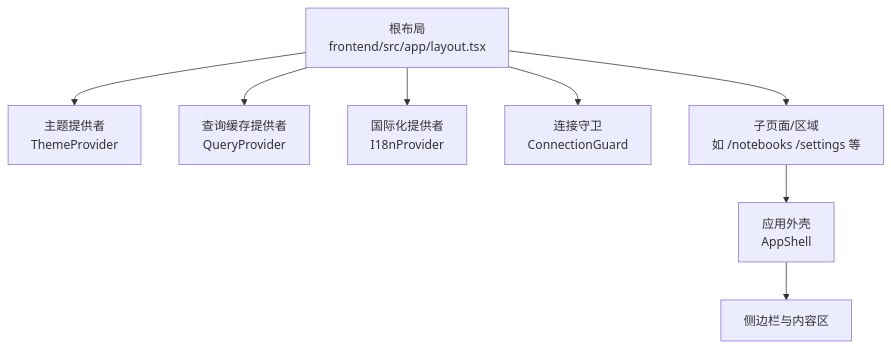
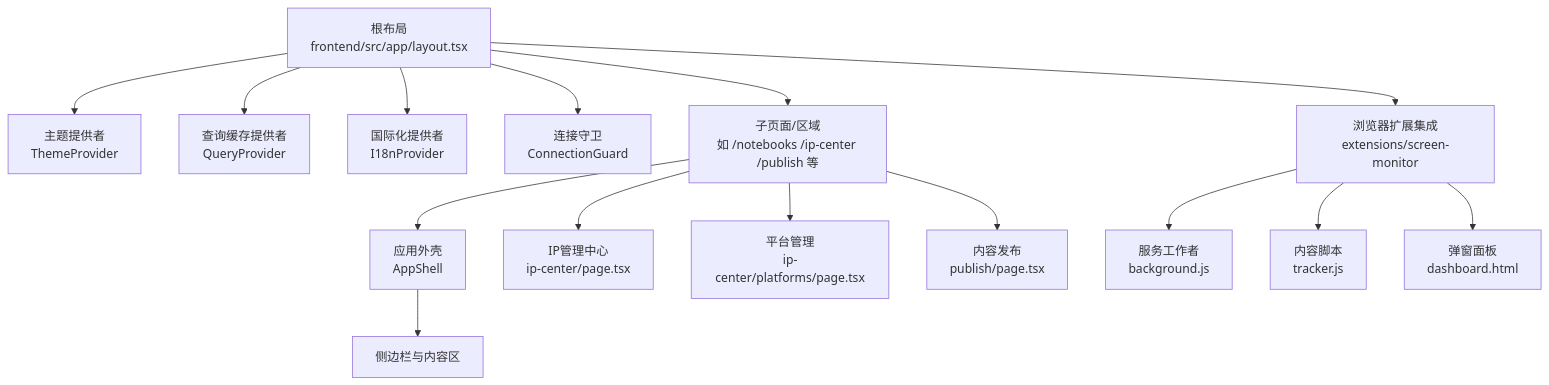
One commit to jackeyunjie/open-notebook changed the first of 12 diagrams in .qoder/repowiki/zh/content/前端架构/前端架构.md. Above: the diagram before and after it, drawn with Mermaid. The commit also changed other lines of this file and 51 other files, not shown here.

````diff
--- a/.qoder/repowiki/zh/content/前端架构/前端架构.md
+++ b/.qoder/repowiki/zh/content/前端架构/前端架构.md
@@ -43,10 +63,17 @@
 ```mermaid
 graph TB
 A["根布局<br/>frontend/src/app/layout.tsx"] --> B["主题提供者<br/>ThemeProvider"]
 A --> C["查询缓存提供者<br/>QueryProvider"]
 A --> D["国际化提供者<br/>I18nProvider"]
 A --> E["连接守卫<br/>ConnectionGuard"]
-A --> F["子页面/区域<br/>如 /notebooks /settings 等"]
+A --> F["子页面/区域<br/>如 /notebooks /ip-center /publish 等"]
 F --> G["应用外壳<br/>AppShell"]
 G --> H["侧边栏与内容区"]
+F --> I["IP管理中心<br/>ip-center/page.tsx"]
+F --> J["平台管理<br/>ip-center/platforms/page.tsx"]
+F --> K["内容发布<br/>publish/page.tsx"]
+A --> L["浏览器扩展集成<br/>extensions/screen-monitor"]
+L --> M["服务工作者<br/>background.js"]
+L --> N["内容脚本<br/>tracker.js"]
+L --> O["弹窗面板<br/>dashboard.html"]
 ```
````
